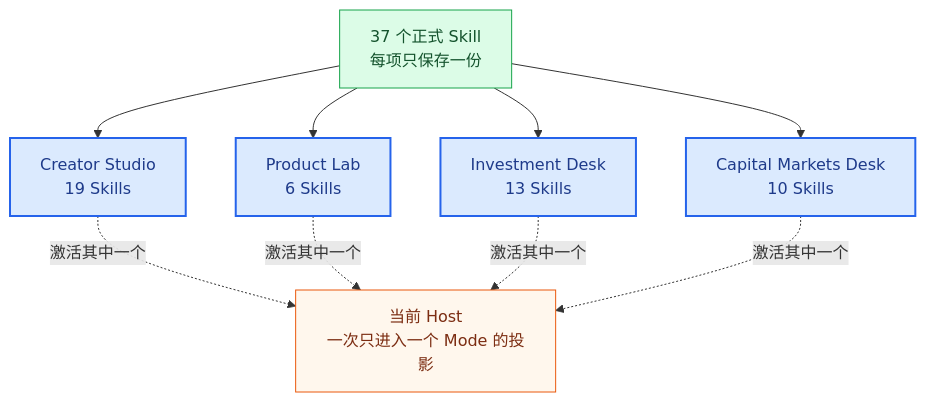
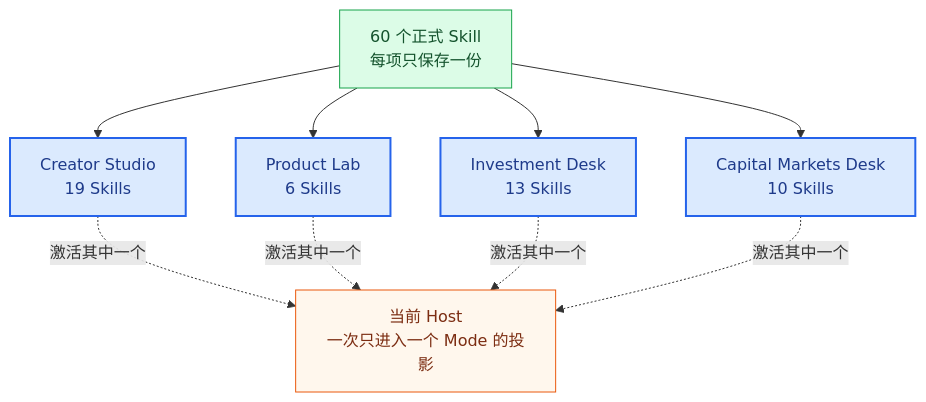
One commit to qihangzhang-272/agent-skill-library changed the diagram in README.md. Above: the diagram before and after it, drawn with Mermaid. The commit also changed other lines of this file and 216 other files, not shown here.

````diff
--- a/README.md
+++ b/README.md
@@ -157,25 +163,25 @@
 ```mermaid
 flowchart TB
-    POOL["37 个正式 Skill<br/>每项只保存一份"]
+    POOL["60 个正式 Skill<br/>每项只保存一份"]
     CREATOR["Creator Studio<br/>19 Skills"]
     PRODUCT["Product Lab<br/>6 Skills"]
     INVESTMENT["Investment Desk<br/>13 Skills"]
     CAPITAL["Capital Markets Desk<br/>10 Skills"]
     HOST["当前 Host<br/>一次只进入一个 Mode 的投影"]
 
     POOL --> CREATOR
     POOL --> PRODUCT
     POOL --> INVESTMENT
     POOL --> CAPITAL
     CREATOR -.激活其中一个.-> HOST
     PRODUCT -.激活其中一个.-> HOST
     INVESTMENT -.激活其中一个.-> HOST
     CAPITAL -.激活其中一个.-> HOST
 
     classDef truth fill:#dcfce7,stroke:#16a34a,color:#14532d;
     classDef mode fill:#dbeafe,stroke:#2563eb,color:#1e3a8a,stroke-width:2px;
     classDef host fill:#fff7ed,stroke:#ea580c,color:#7c2d12;
     class POOL truth;
     class CREATOR,PRODUCT,INVESTMENT,CAPITAL mode;
     class HOST host;
 ```
````
